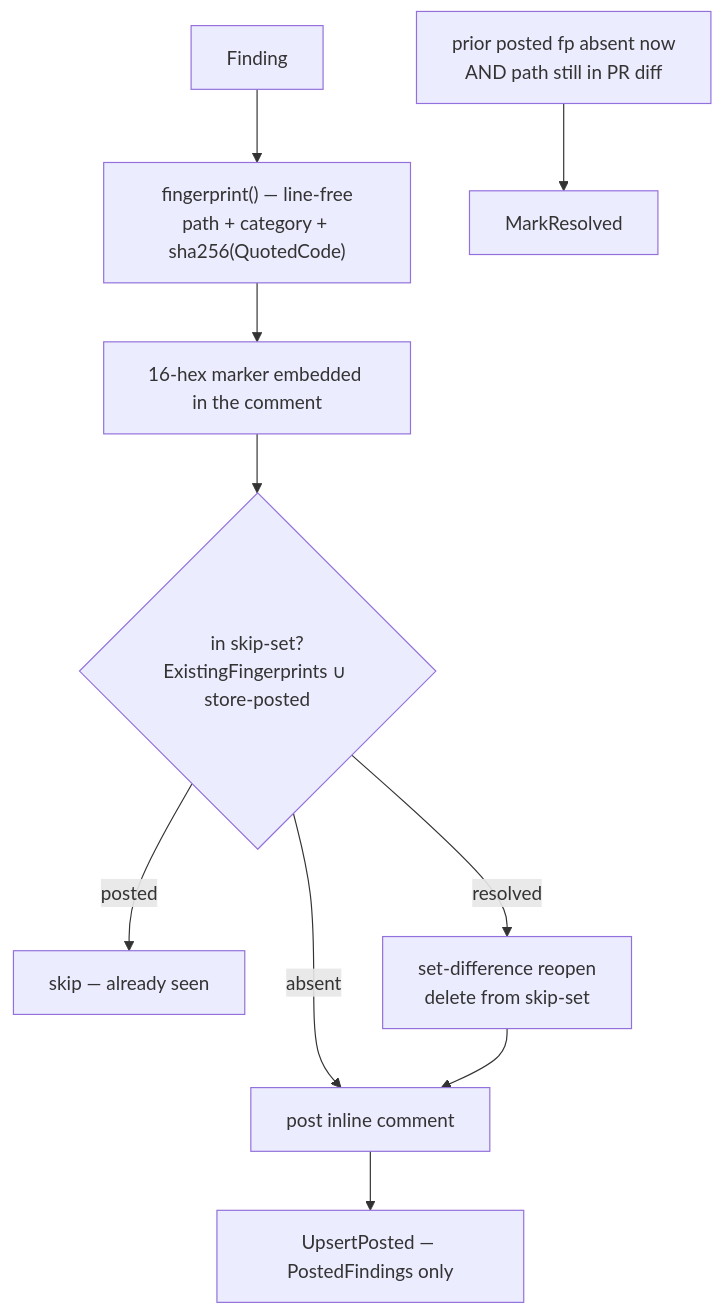
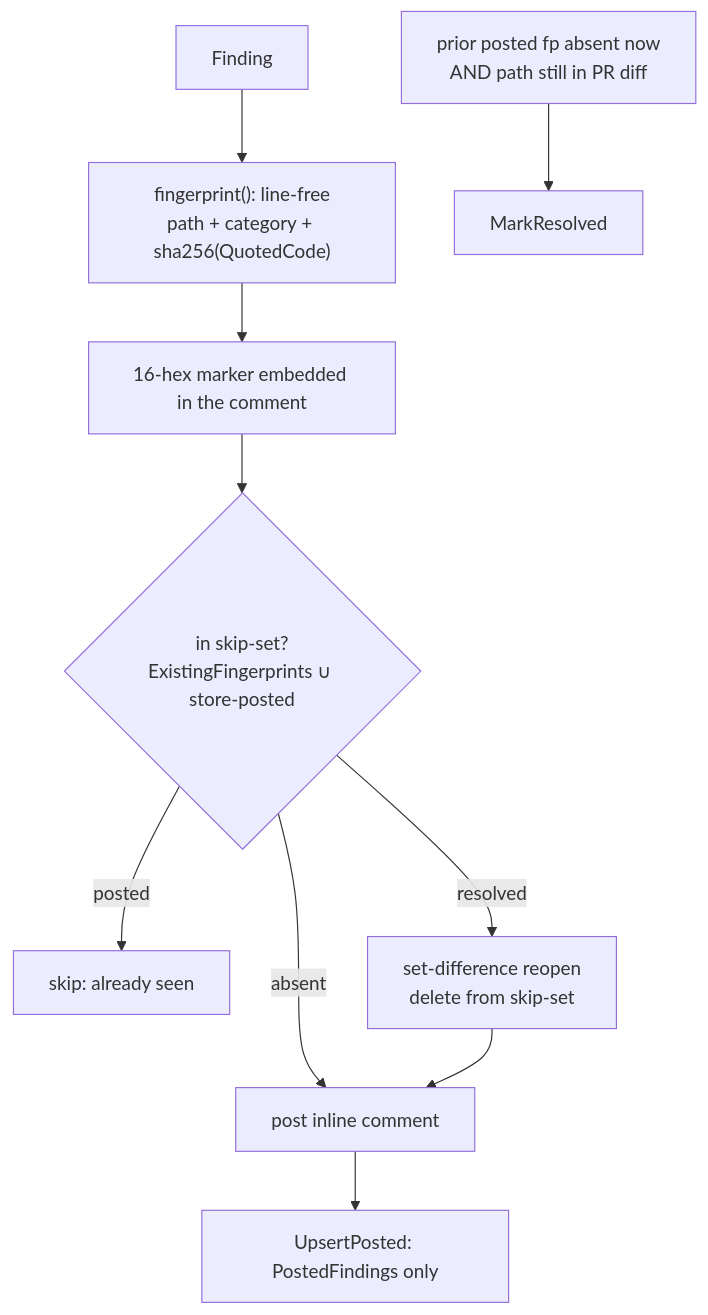
The sixth of 10 diagrams in docs/content/architecture.md (vanducng/miu-cr), drawn with Mermaid before and after one commit. The commit also changed other lines of this file and 40 other files, not shown here.

````diff
--- a/docs/content/architecture.md
+++ b/docs/content/architecture.md
@@ -230,12 +230,12 @@
 ```mermaid
 flowchart TD
-    F["Finding"] --> FP["fingerprint() — line-free<br/>path + category + sha256(QuotedCode)"]
+    F["Finding"] --> FP["fingerprint(): line-free<br/>path + category + sha256(QuotedCode)"]
     FP --> Marker["16-hex marker embedded in the comment"]
     Marker --> Skip{"in skip-set?<br/>ExistingFingerprints ∪ store-posted"}
-    Skip -->|"posted"| Quiet["skip — already seen"]
+    Skip -->|"posted"| Quiet["skip: already seen"]
     Skip -->|"resolved"| Reopen["set-difference reopen<br/>delete from skip-set"]
     Skip -->|"absent"| Post["post inline comment"]
     Reopen --> Post
-    Post --> Persist["UpsertPosted — PostedFindings only"]
+    Post --> Persist["UpsertPosted: PostedFindings only"]
     Gone["prior posted fp absent now<br/>AND path still in PR diff"] --> Resolved["MarkResolved"]
 ```
````
